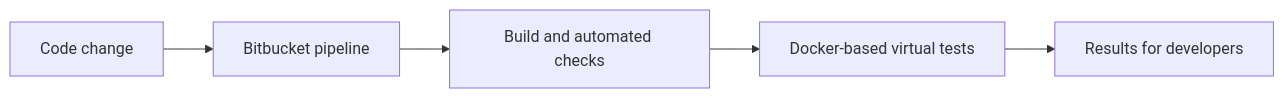
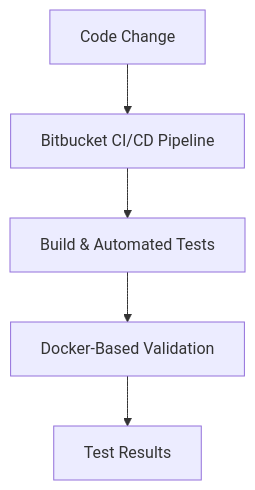
One commit to ronok-shahariar/ronok-shahariar changed the diagram in README.md. Above: the diagram before and after it, drawn with Mermaid.

Commit message:
docs: improve CI/CD workflow diagram layout

````diff
--- a/README.md
+++ b/README.md
@@ -39,7 +39,13 @@
 ```mermaid
-flowchart LR
-    A[Code change] --> B[Bitbucket pipeline]
-    B --> C[Build and automated checks]
-    C --> D[Docker-based virtual tests]
-    D --> E[Results for developers]
+flowchart TB
+    A["Code Change"]
+    B["Bitbucket CI/CD Pipeline"]
+    C["Build & Automated Tests"]
+    D["Docker-Based Validation"]
+    E["Test Results"]
+
+    A --> B
+    B --> C
+    C --> D
+    D --> E
 ```
````
